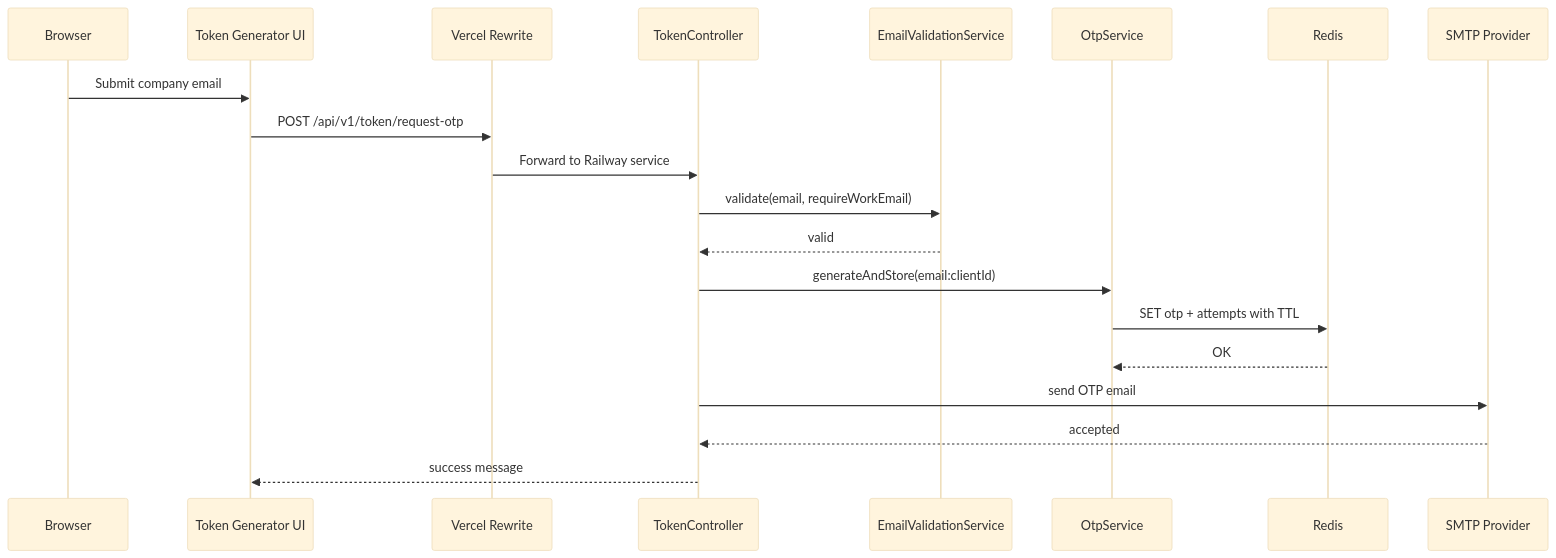
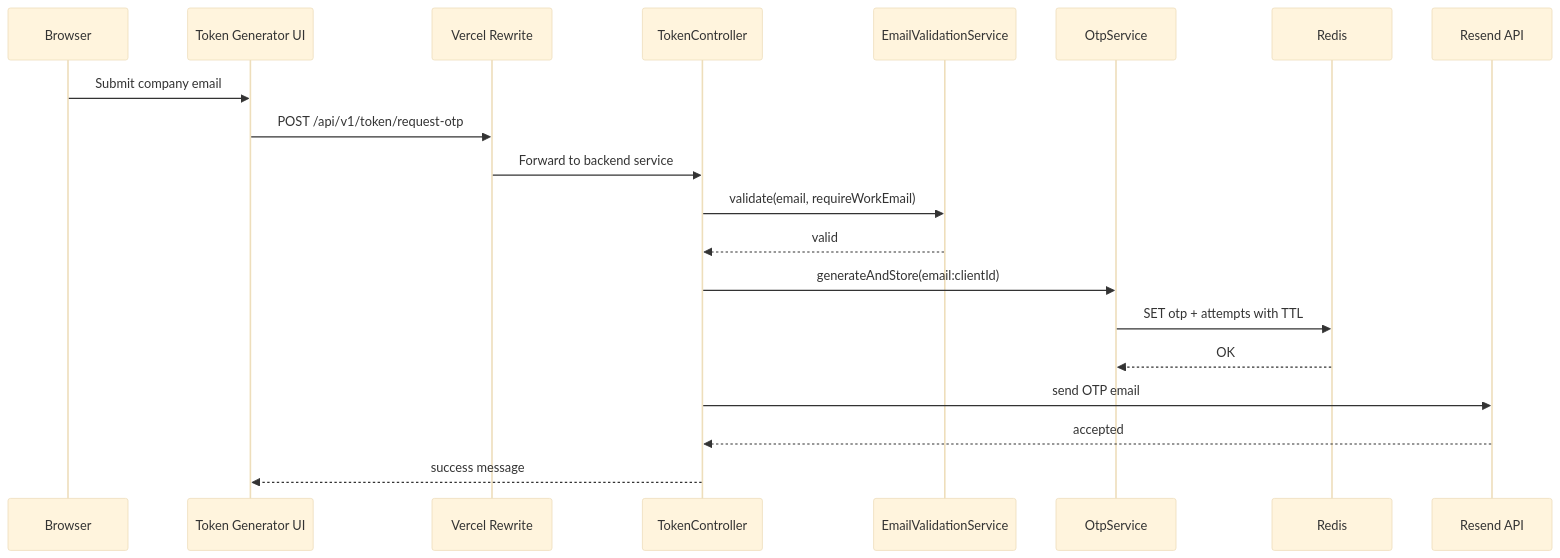
One commit to chiranjeev-21/Token-generator changed the second of 3 diagrams in ARCHITECTURE.md. Above: the diagram before and after it, drawn with Mermaid (base theme). The commit also changed other lines of this file and 4 other files, not shown here.

Commit message:
Add documentation for the resend api migration from smtp

````diff
--- a/ARCHITECTURE.md
+++ b/ARCHITECTURE.md
@@ -113,23 +113,23 @@
 ```mermaid
 sequenceDiagram
     participant B as Browser
     participant UI as Token Generator UI
     participant V as Vercel Rewrite
     participant API as TokenController
     participant EV as EmailValidationService
     participant OTP as OtpService
     participant RD as Redis
-    participant SMTP as SMTP Provider
+    participant RESEND as Resend API
 
     B->>UI: Submit company email
     UI->>V: POST /api/v1/token/request-otp
-    V->>API: Forward to Railway service
+    V->>API: Forward to backend service
     API->>EV: validate(email, requireWorkEmail)
     EV-->>API: valid
     API->>OTP: generateAndStore(email:clientId)
     OTP->>RD: SET otp + attempts with TTL
     RD-->>OTP: OK
-    API->>SMTP: send OTP email
-    SMTP-->>API: accepted
+    API->>RESEND: send OTP email
+    RESEND-->>API: accepted
     API-->>UI: success message
 ```
````
